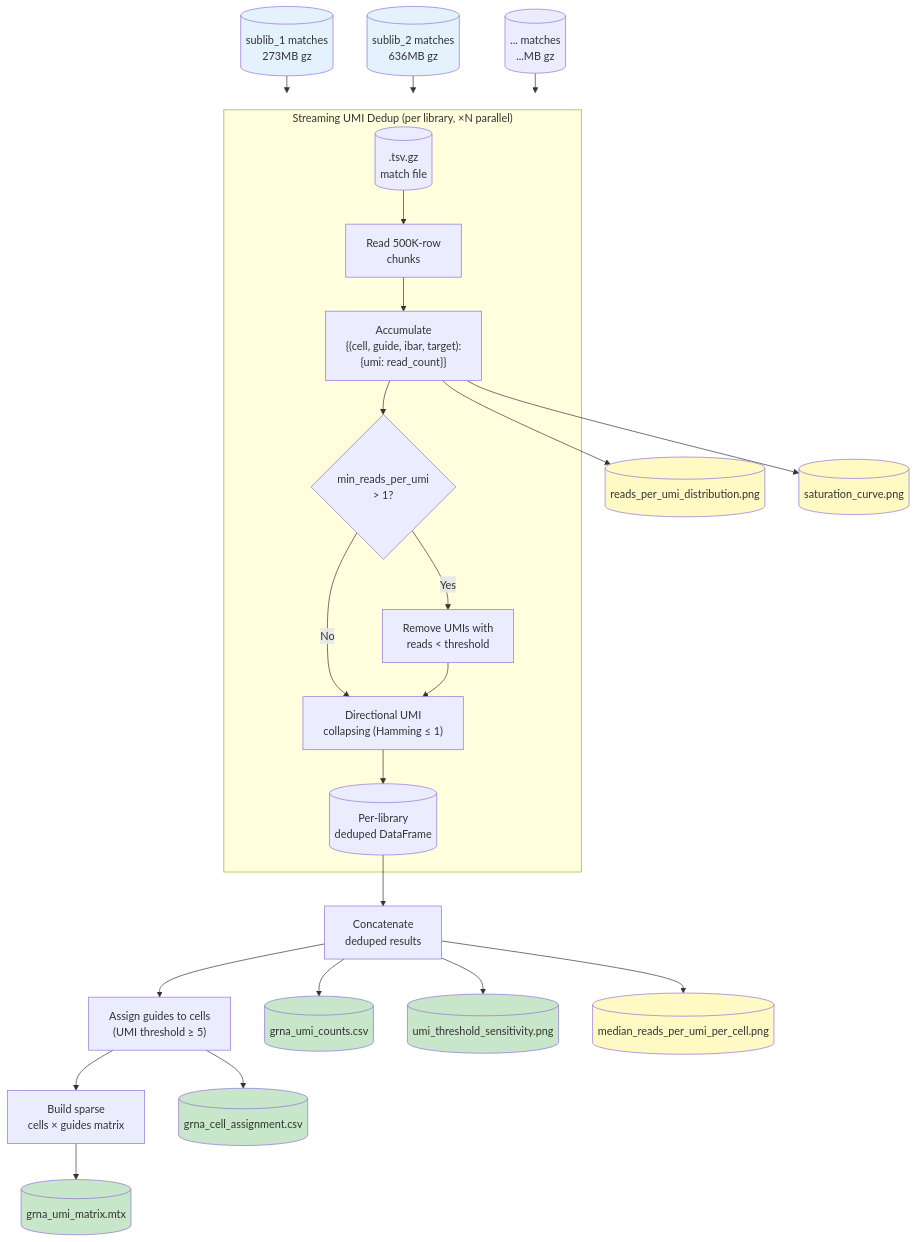
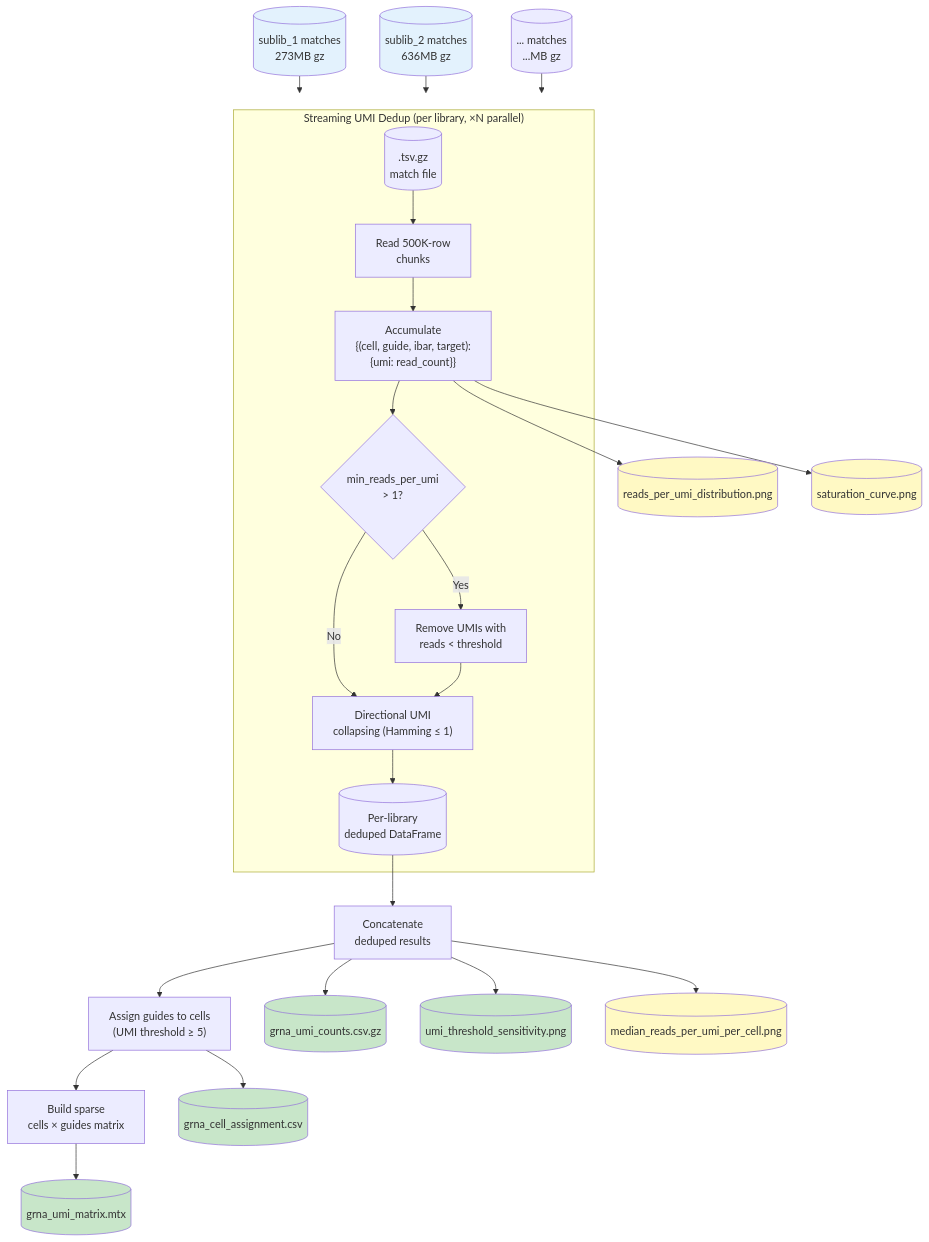
Before and after one commit to jhjiang2020/CSM_ccperturbseq: the seventh of 9 diagrams in docs/DETAILED_WORKFLOW.md, drawn with Mermaid. The commit also changed other lines of this file and 202 other files, not shown here.

````diff
--- a/docs/DETAILED_WORKFLOW.md
+++ b/docs/DETAILED_WORKFLOW.md
@@ -318,38 +349,38 @@
 ```mermaid
 flowchart TD
     subgraph Stream["Streaming UMI Dedup (per library, ×N parallel)"]
         MATCH[(".tsv.gz<br>match file")] --> CHUNKS["Read 500K-row<br>chunks"]
         CHUNKS --> ACCUM["Accumulate<br>{(cell, guide, ibar, target):<br>{umi: read_count}}"]
         ACCUM --> FILTER{"min_reads_per_umi<br>> 1?"}
         FILTER -->|Yes| PRUNE["Remove UMIs with<br>reads < threshold"]
         FILTER -->|No| COLLAPSE
         PRUNE --> COLLAPSE["Directional UMI<br>collapsing (Hamming ≤ 1)"]
         COLLAPSE --> DEDUP[("Per-library<br>deduped DataFrame")]
     end
 
     C1[("sublib_1 matches<br>273MB gz")] --> Stream
     C2[("sublib_2 matches<br>636MB gz")] --> Stream
     TN[("... matches<br>...MB gz")] --> Stream
 
     DEDUP --> CONCAT["Concatenate<br>deduped results"]
     CONCAT --> ASSIGN["Assign guides to cells<br>(UMI threshold ≥ 5)"]
     ASSIGN --> MATRIX["Build sparse<br>cells × guides matrix"]
 
     ASSIGN --> OUT1[("grna_cell_assignment.csv")]
-    CONCAT --> OUT2[("grna_umi_counts.csv")]
+    CONCAT --> OUT2[("grna_umi_counts.csv.gz")]
     MATRIX --> OUT3[("grna_umi_matrix.mtx")]
     CONCAT --> OUT4[("umi_threshold_sensitivity.png")]
     ACCUM --> OUT5[("reads_per_umi_distribution.png")]
     ACCUM --> OUT6[("saturation_curve.png")]
     CONCAT --> OUT7[("median_reads_per_umi_per_cell.png")]
 
     style C1 fill:#e3f2fd
     style C2 fill:#e3f2fd
     style OUT1 fill:#c8e6c9
     style OUT2 fill:#c8e6c9
     style OUT3 fill:#c8e6c9
     style OUT4 fill:#c8e6c9
     style OUT5 fill:#fff9c4
     style OUT6 fill:#fff9c4
     style OUT7 fill:#fff9c4
 ```
````
